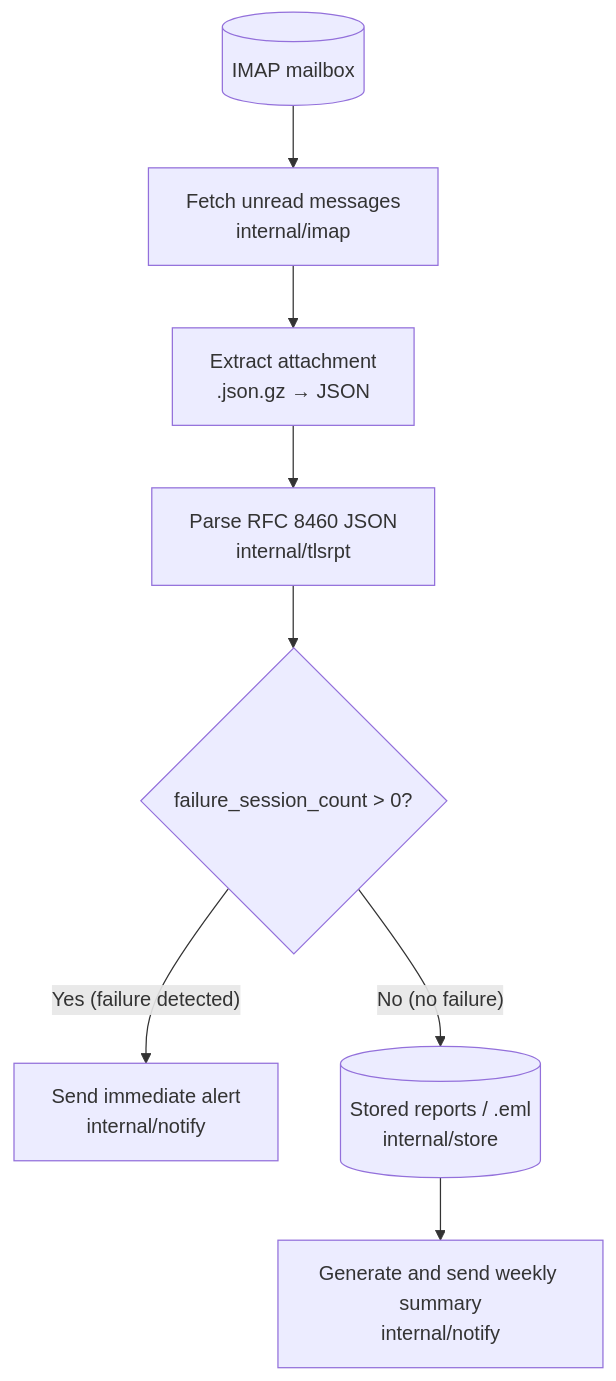
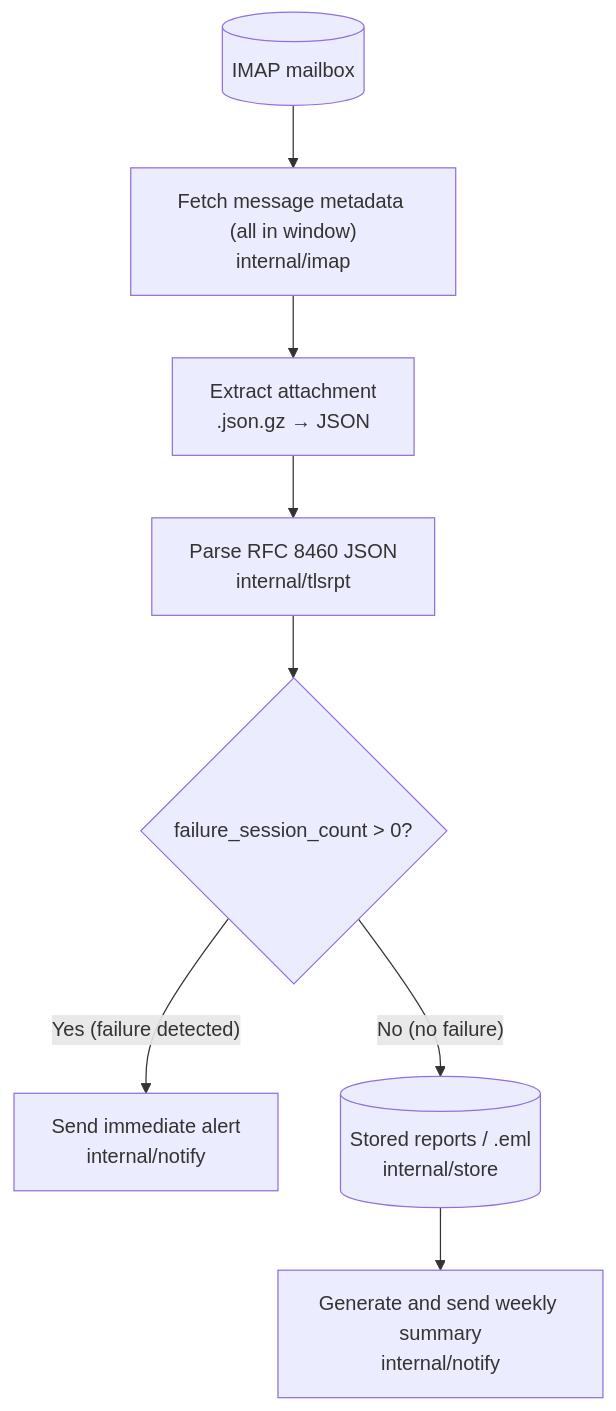
The first of 2 diagrams in docs/overview.md (isseis/tlsrpt-digest), drawn with Mermaid before and after one commit. The commit also changed other lines of this file and 7 other files, not shown here.

````diff
--- a/docs/overview.md
+++ b/docs/overview.md
@@ -26,19 +26,19 @@
 ```mermaid
 flowchart TD
     A[("IMAP mailbox")]
-    B["Fetch unread messages<br>internal/imap"]
+    B["Fetch message metadata (all in window)<br>internal/imap"]
     C["Extract attachment<br>.json.gz → JSON"]
     D["Parse RFC 8460 JSON<br>internal/tlsrpt"]
     E{"failure_session_count > 0?"}
     F["Send immediate alert<br>internal/notify"]
     G[("Stored reports / .eml<br>internal/store")]
     H["Generate and send weekly summary<br>internal/notify"]
 
     A --> B
     B --> C
     C --> D
     D --> E
     E -- "Yes (failure detected)" --> F
     E -- "No (no failure)" --> G
     G --> H
 ```
````
